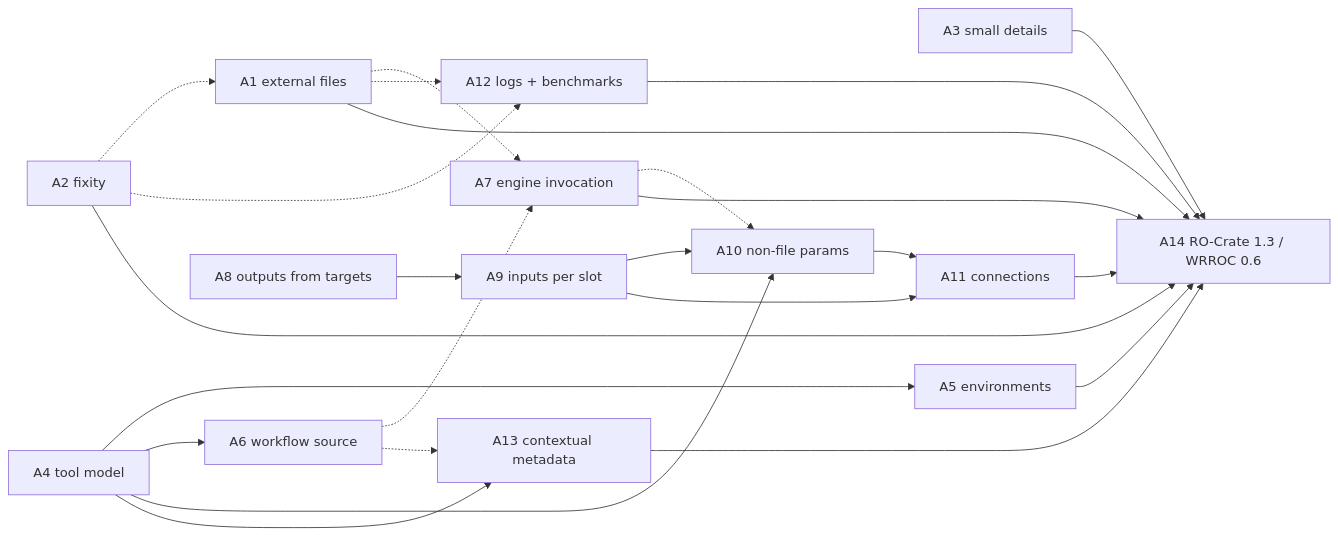
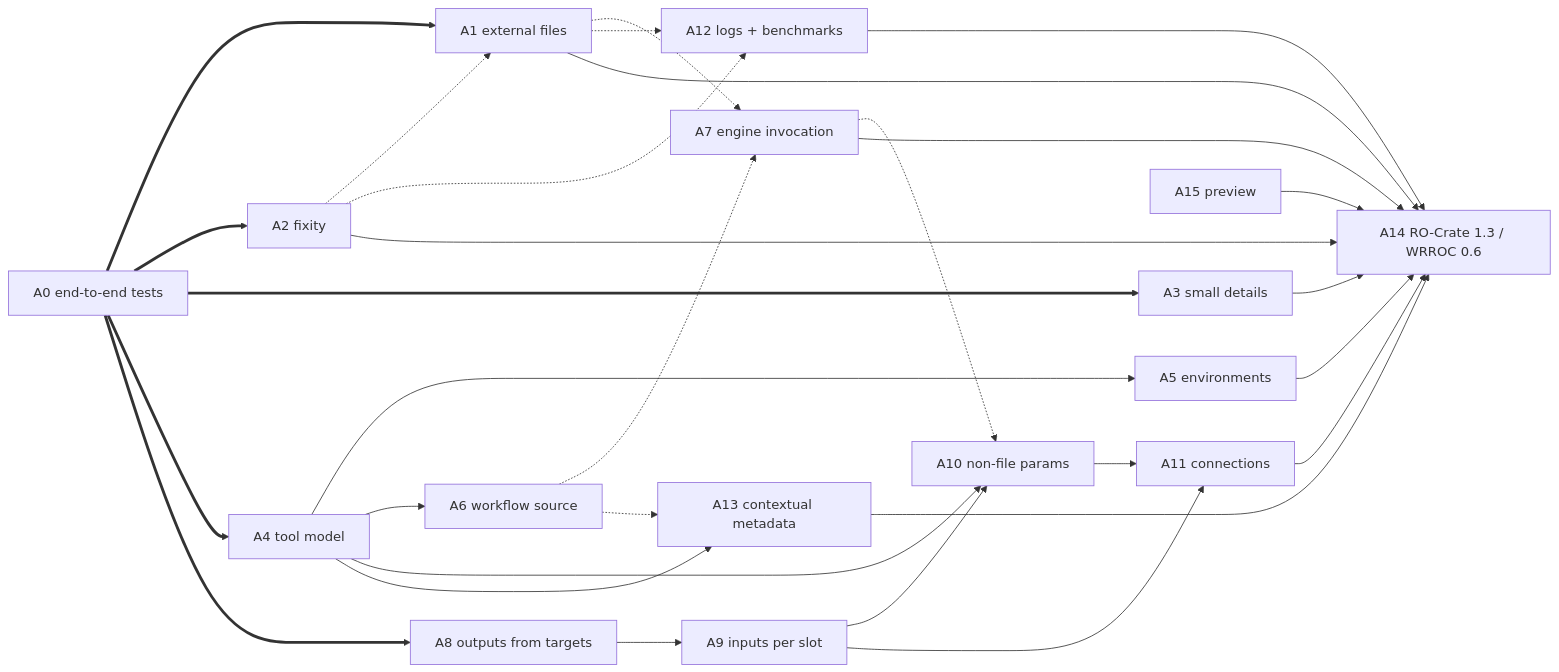
The diagram in TODO.md (stain/snakemake-report-plugin-rocrate), drawn with Mermaid before and after one commit. The commit also changed other lines of this file and 1 other file, not shown here.

````diff
--- a/TODO.md
+++ b/TODO.md
@@ -102,20 +104,22 @@
 ```mermaid
 graph LR
+  A0[A0 end-to-end tests] ==> A1 & A2 & A3 & A4 & A8
   A2[A2 fixity] -.-> A1[A1 external files]
   A1 -.-> A7[A7 engine invocation]
   A1 -.-> A12[A12 logs + benchmarks]
   A3[A3 small details]
   A4[A4 tool model] --> A5[A5 environments]
   A4 --> A6[A6 workflow source]
   A6 -.-> A7[A7 engine invocation]
   A8[A8 outputs from targets] --> A9[A9 inputs per slot]
   A4 --> A10[A10 non-file params]
   A9 --> A10
   A7 -.-> A10
   A9 --> A11[A11 connections]
   A10 --> A11
   A2 -.-> A12[A12 logs + benchmarks]
   A4 --> A13[A13 contextual metadata]
   A6 -.-> A13
-  A1 & A2 & A3 & A5 & A7 & A11 & A12 & A13 --> A14[A14 RO-Crate 1.3 / WRROC 0.6]
+  A15[A15 preview]
+  A1 & A2 & A3 & A5 & A7 & A11 & A12 & A13 & A15 --> A14[A14 RO-Crate 1.3 / WRROC 0.6]
 ```
````
